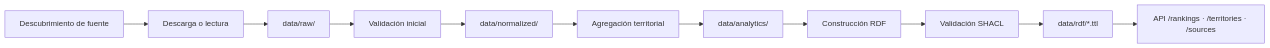
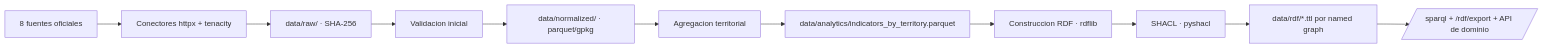
Before and after one commit to GonxKZ/atllashabita: the diagram in README.md, drawn with Mermaid. The commit also changed other lines of this file and 6 other files, not shown here.

````diff
--- a/README.md
+++ b/README.md
@@ -228,13 +232,13 @@
 ```mermaid
 flowchart LR
-    A[Descubrimiento de fuente] --> B[Descarga o lectura]
-    B --> C[data/raw/]
-    C --> D[Validación inicial]
-    D --> E[data/normalized/]
-    E --> F[Agregación territorial]
-    F --> G[data/analytics/]
-    G --> H[Construcción RDF]
-    H --> I[Validación SHACL]
-    I --> J[data/rdf/*.ttl]
-    J --> K[API /rankings · /territories · /sources]
+    A[8 fuentes oficiales] --> B[Conectores httpx + tenacity]
+    B --> C[data/raw/ · SHA-256]
+    C --> D[Validacion inicial]
+    D --> E[data/normalized/ · parquet/gpkg]
+    E --> F[Agregacion territorial]
+    F --> G[data/analytics/indicators_by_territory.parquet]
+    G --> H[Construccion RDF · rdflib]
+    H --> I[SHACL · pyshacl]
+    I --> J[data/rdf/*.ttl por named graph]
+    J --> K[/sparql + /rdf/export + API de dominio/]
 ```
````
